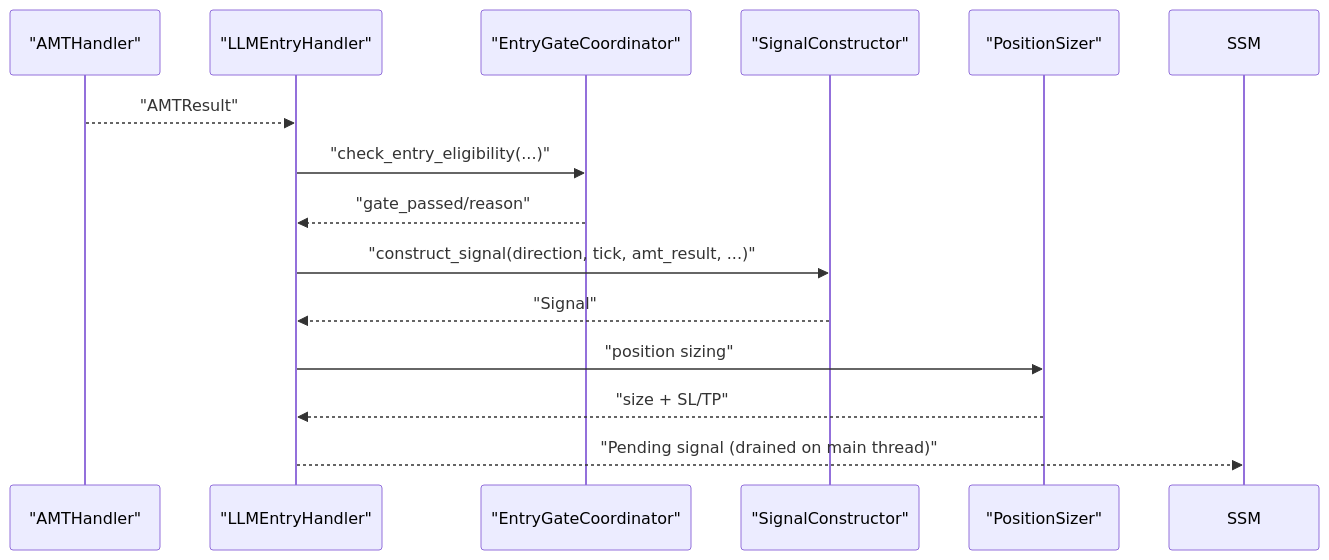
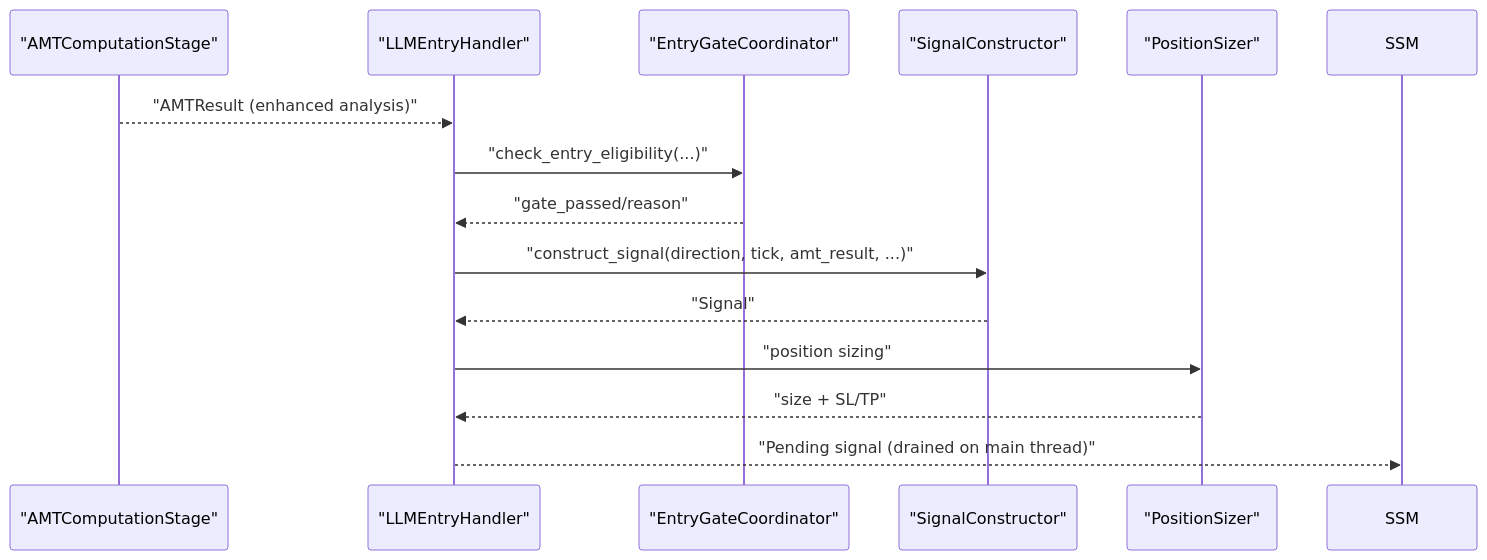
Before and after one commit to gemrajkhatry-maker/v5-of-glassytrade-ai: the ninth of 12 diagrams in .qoder/repowiki/en/content/Architecture Deep Dive/Data Flow and Processing/Data Flow and Processing.md, drawn with Mermaid. The commit also changed other lines of this file and 219 other files, not shown here.

First line of the commit message:
refactor: major architecture improvements across backend, backendv2, brokers, and frontend

````diff
--- a/.qoder/repowiki/en/content/Architecture Deep Dive/Data Flow and Processing/Data Flow and Processing.md
+++ b/.qoder/repowiki/en/content/Architecture Deep Dive/Data Flow and Processing/Data Flow and Processing.md
@@ -243,16 +396,16 @@
 ```mermaid
 sequenceDiagram
-participant AMT as "AMTHandler"
+participant AMT as "AMTComputationStage"
 participant LLM as "LLMEntryHandler"
 participant GATES as "EntryGateCoordinator"
 participant SIG as "SignalConstructor"
 participant POS as "PositionSizer"
-AMT-->>LLM : "AMTResult"
+AMT-->>LLM : "AMTResult (enhanced analysis)"
 LLM->>GATES : "check_entry_eligibility(...)"
 GATES-->>LLM : "gate_passed/reason"
 LLM->>SIG : "construct_signal(direction, tick, amt_result, ...)"
 SIG-->>LLM : "Signal"
 LLM->>POS : "position sizing"
 POS-->>LLM : "size + SL/TP"
 LLM-->>SSM : "Pending signal (drained on main thread)"
 ```
````
